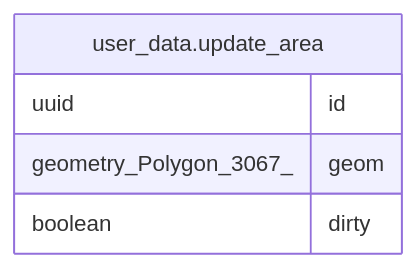
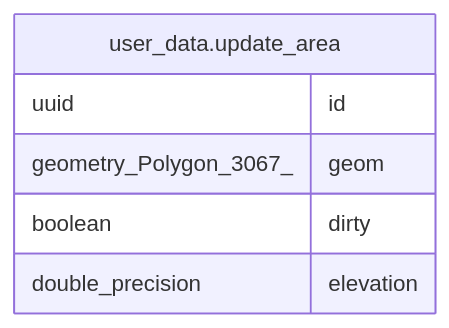
One commit to nlsfi/pinta changed the diagram in components/db/docs/job_db/user_data.update_area.md. Above: the diagram before and after it, drawn with Mermaid. The commit also changed other lines of this file and 2 other files, not shown here.

Commit message:
chore(db): regenerate tbls documentation

````diff
--- a/components/db/docs/job_db/user_data.update_area.md
+++ b/components/db/docs/job_db/user_data.update_area.md
@@ -32,10 +33,11 @@
 ```mermaid
 erDiagram
 
 
 "user_data.update_area" {
   uuid id
   geometry_Polygon_3067_ geom
   boolean dirty
+  double_precision elevation
 }
 ```
````
